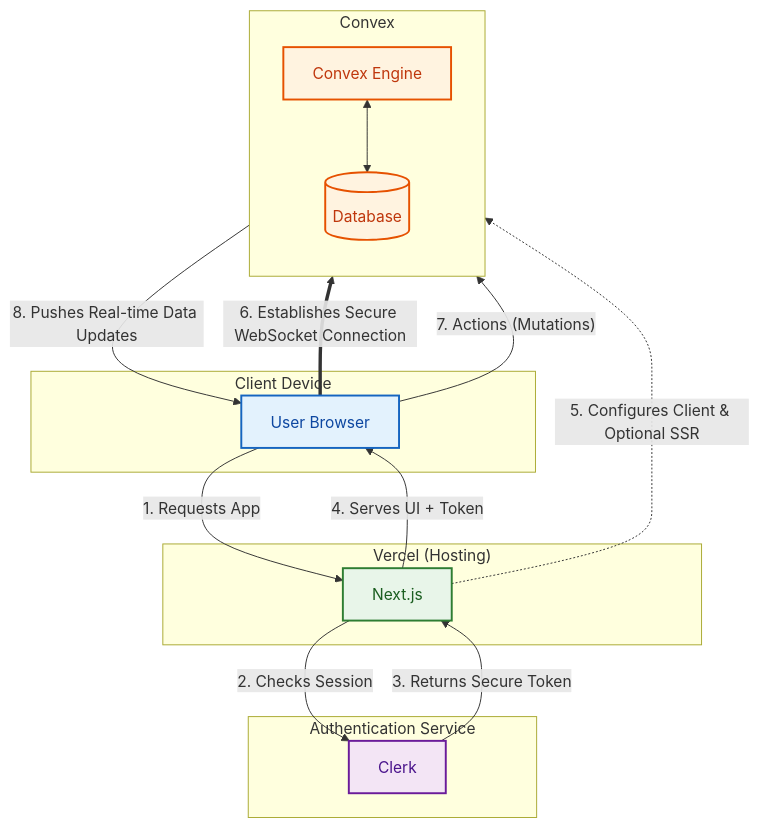
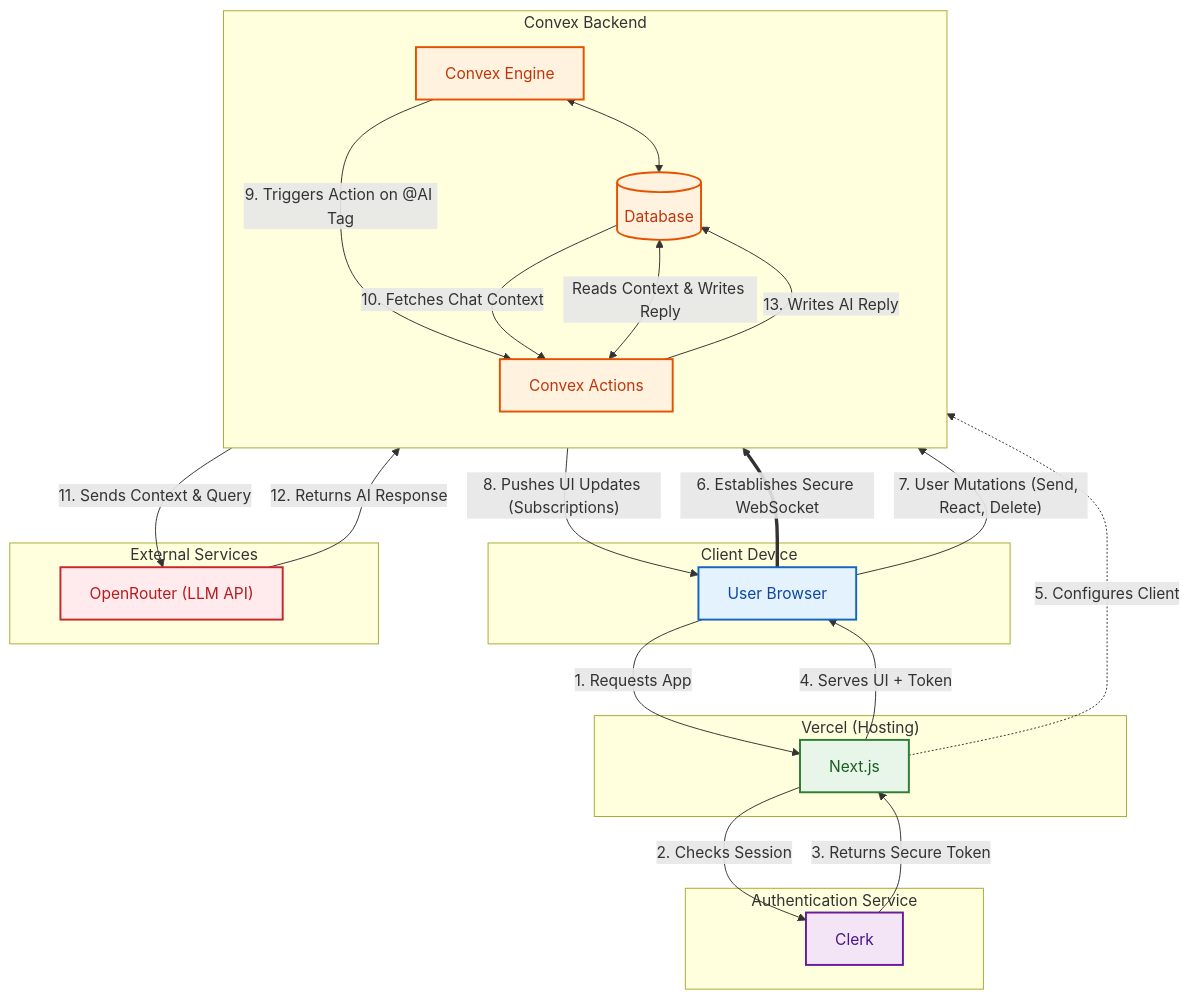
The diagram in README.md (RitamPal26/LiveCaller), drawn with Mermaid before and after one commit. The commit also changed other lines of this file, not shown here.

````diff
--- a/README.md
+++ b/README.md
@@ -27,48 +32,61 @@
 ```mermaid
 graph TD
     %% --- STYLING ---
     classDef client fill:#e3f2fd,stroke:#1565c0,stroke-width:2px,color:#0d47a1;
     classDef frontend fill:#e8f5e9,stroke:#2e7d32,stroke-width:2px,color:#1b5e20;
     classDef backend fill:#fff3e0,stroke:#e65100,stroke-width:2px,color:#bf360c;
     classDef auth fill:#f3e5f5,stroke:#6a1b9a,stroke-width:2px,color:#4a148c;
+    classDef external fill:#ffebee,stroke:#c62828,stroke-width:2px,color:#b71c1c;
 
     %% --- NODES ---
     subgraph Client_Device ["Client Device"]
         Browser["User Browser"]:::client
     end
 
     subgraph Vercel_Hosting ["Vercel (Hosting)"]
         NextJS["Next.js"]:::frontend
     end
 
     subgraph Auth_Service ["Authentication Service"]
         Clerk["Clerk"]:::auth
     end
 
-    subgraph Convex_BaaS ["Convex"]
+    subgraph Convex_BaaS ["Convex Backend"]
         direction TB
         ConvexEngine["Convex Engine"]:::backend
+        ConvexActions["Convex Actions"]:::backend
         ConvexDB[("Database")]:::backend
+        
         ConvexEngine <--> ConvexDB
+        ConvexActions <-->|"Reads Context & Writes Reply"| ConvexDB
+    end
+
+    subgraph External_APIs ["External Services"]
+        OpenRouter["OpenRouter (LLM API)"]:::external
     end
 
     %% --- DATA FLOWS ---
 
     %% 1. Initial Load & Auth
     Browser -- "1. Requests App" --> NextJS
     NextJS -- "2. Checks Session" --> Clerk
     Clerk -- "3. Returns Secure Token" --> NextJS
     NextJS -- "4. Serves UI + Token" --> Browser
 
-    %% 2. Server-to-Backend Connection (New)
-    NextJS -. "5. Configures Client & Optional SSR" .-> ConvexEngine
+    %% 2. Server-to-Backend Connection
+    NextJS -. "5. Configures Client" .-> ConvexEngine
 
-    %% 3. Real-time Connection established from Client browser
-    Browser == "6. Establishes Secure WebSocket Connection" ==> ConvexEngine
+    %% 3. Real-time Connection
+    Browser == "6. Establishes Secure WebSocket" ==> ConvexEngine
 
-    %% 4. User Actions (Mutations)
-    Browser -- "7. Actions (Mutations)" --> ConvexEngine
+    %% 4. User Actions & Real-time Updates
+    Browser -- "7. User Mutations (Send, React, Delete)" --> ConvexEngine
+    ConvexEngine -- "8. Pushes UI Updates (Subscriptions)" --> Browser
 
-    %% 5. Real-time Updates (Subscriptions)
-    ConvexEngine -- "8. Pushes Real-time Data Updates" --> Browser
+    %% 5. AI Agent Flow
+    ConvexEngine -- "9. Triggers Action on @AI Tag" --> ConvexActions
+    ConvexDB -- "10. Fetches Chat Context" --> ConvexActions
+    ConvexActions -- "11. Sends Context & Query" --> OpenRouter
+    OpenRouter -- "12. Returns AI Response" --> ConvexActions
+    ConvexActions -- "13. Writes AI Reply" --> ConvexDB
 ```
````
